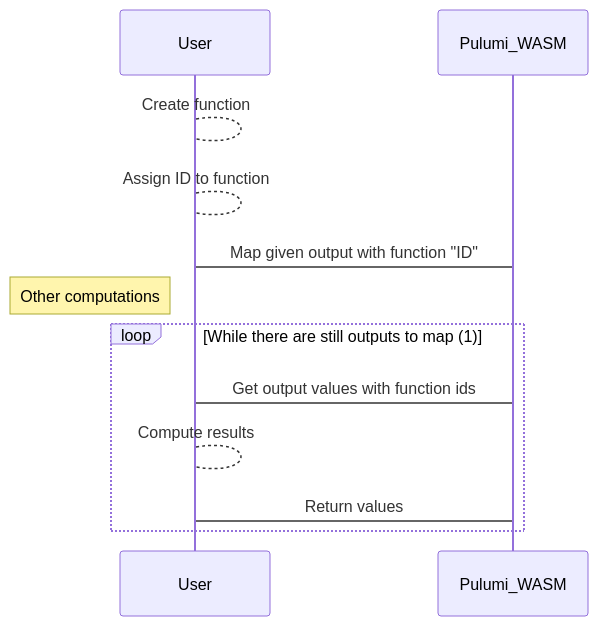
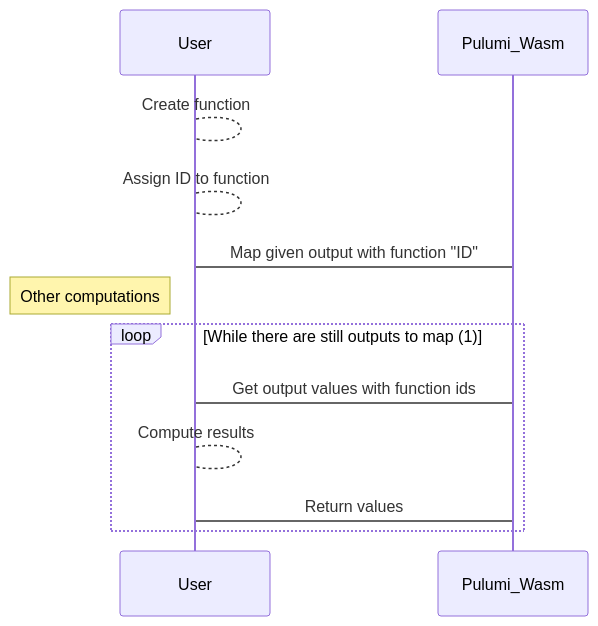
Before and after one commit to andrzejressel/pulumi-wasm: the diagram in docs/Internal/Output.md, drawn with Mermaid. The commit also changed other lines of this file and 10 other files, not shown here.

````diff
--- a/docs/Internal/Output.md
+++ b/docs/Internal/Output.md
@@ -46,13 +46,13 @@
 ```mermaid
 sequenceDiagram
     User --> User: Create function
     User --> User: Assign ID to function
-    User -> Pulumi_WASM: Map given output with function "ID"
+    User -> Pulumi_Wasm: Map given output with function "ID"
     Note left of User: Other computations
     
     loop While there are still outputs to map (1)
-    User -> Pulumi_WASM: Get output values with function ids
+    User -> Pulumi_Wasm: Get output values with function ids
     User --> User: Compute results
-    User -> Pulumi_WASM: Return values
+    User -> Pulumi_Wasm: Return values
     end
 ```
````
